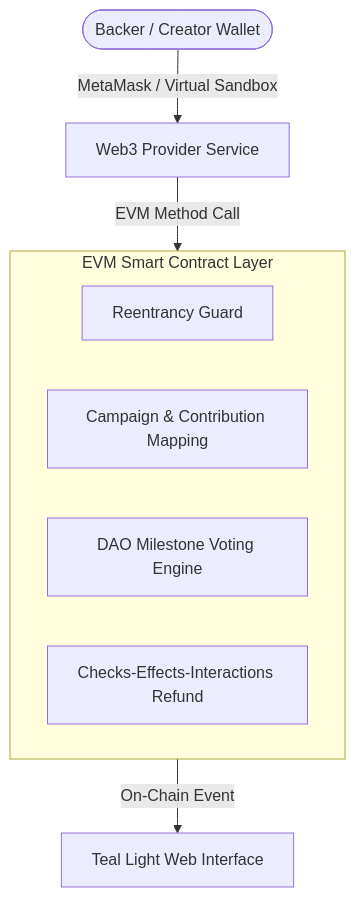
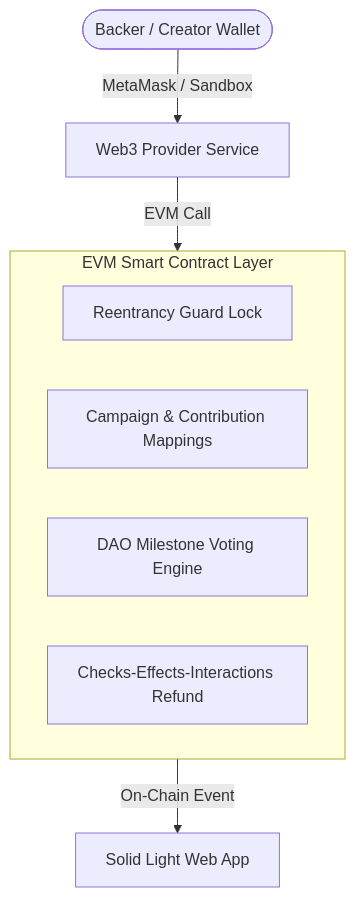
Before and after one commit to kevhim/Crowdfunding-Platform-DAO-: the diagram in README.md, drawn with Mermaid. The commit also changed other lines of this file, not shown here.

````diff
--- a/README.md
+++ b/README.md
@@ -23,14 +27,14 @@
 ```mermaid
 graph TD
-    User([Backer / Creator Wallet]) -->|MetaMask / Virtual Sandbox| Web3Service[Web3 Provider Service]
-    Web3Service -->|EVM Method Call| SmartContract[CrowdfundDAO.sol]
+    User([Backer / Creator Wallet]) -->|MetaMask / Sandbox| Web3Service[Web3 Provider Service]
+    Web3Service -->|EVM Call| SmartContract[CrowdfundDAO.sol]
     
     subgraph SmartContract [EVM Smart Contract Layer]
-        ReentrancyGuard[Reentrancy Guard]
-        StateMap[Campaign & Contribution Mapping]
+        ReentrancyGuard[Reentrancy Guard Lock]
+        StateMap[Campaign & Contribution Mappings]
         GovernanceEngine[DAO Milestone Voting Engine]
         RefundEngine[Checks-Effects-Interactions Refund]
     end
     
-    SmartContract -->|On-Chain Event| FrontendUI[Teal Light Web Interface]
+    SmartContract -->|On-Chain Event| FrontendUI[Solid Light Web App]
 ```
````
